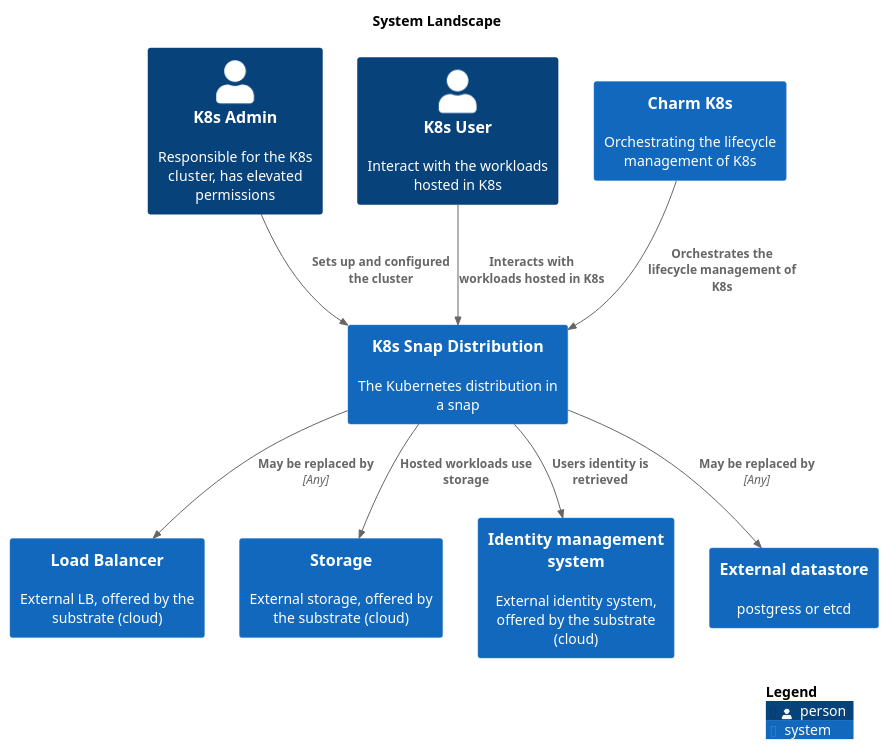
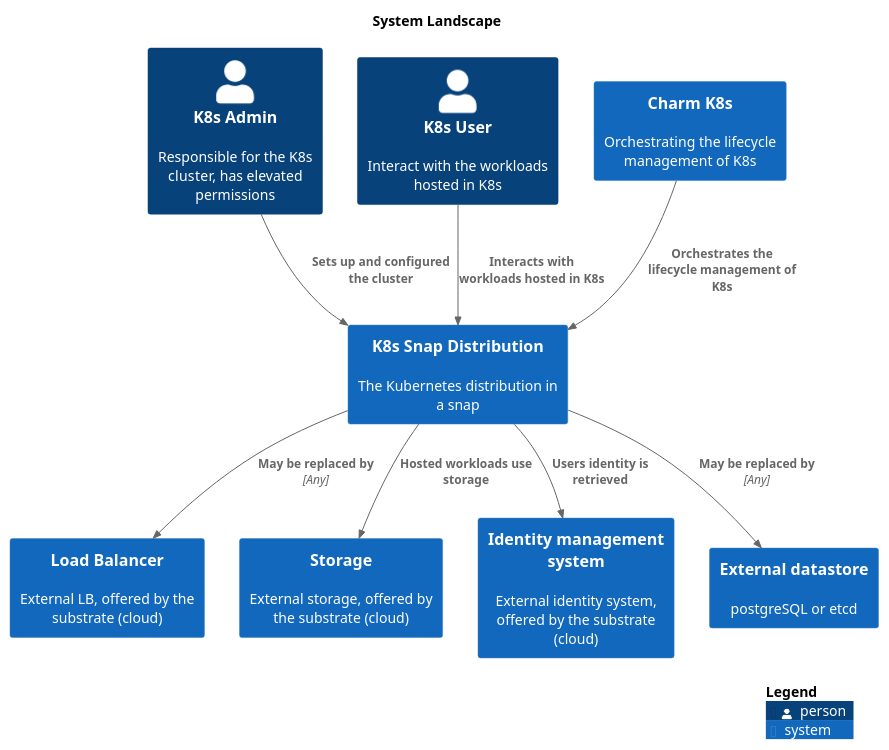
Before and after one commit to canonical/k8s-snap: the diagram in docs/src/assets/overview.puml, drawn with PlantUML.

Commit message:
fix typo in diagram
Fixes #267

```diff
--- a/docs/src/assets/overview.puml
+++ b/docs/src/assets/overview.puml
@@ -1,28 +1,28 @@
 @startuml
 set separator none
 title System Landscape
 
 top to bottom direction
 
 !include <C4/C4>
 !include <C4/C4_Context>
 
 Person(K8sAdmin, "K8s Admin", $descr="Responsible for the K8s cluster, has elevated permissions", $tags="", $link="")
 Person(K8sUser, "K8s User", $descr="Interact with the workloads hosted in K8s", $tags="", $link="")
 System(CharmK8s, "Charm K8s", $descr="Orchestrating the lifecycle management of K8s", $tags="", $link="")
 System(LoadBalancer, "Load Balancer", $descr="External LB, offered by the substrate (cloud)", $tags="", $link="")
 System(Storage, "Storage", $descr="External storage, offered by the substrate (cloud)", $tags="", $link="")
 System(Identitymanagementsystem, "Identity management system", $descr="External identity system, offered by the substrate (cloud)", $tags="", $link="")
-System(Externaldatastore, "External datastore", $descr="postgress or etcd", $tags="", $link="")
+System(Externaldatastore, "External datastore", $descr="postgreSQL or etcd", $tags="", $link="")
 System(K8sSnapDistribution, "K8s Snap Distribution", $descr="The Kubernetes distribution in a snap", $tags="", $link="")
 
 Rel(K8sAdmin, K8sSnapDistribution, "Sets up and configured the cluster", $techn="", $tags="", $link="")
 Rel(K8sUser, K8sSnapDistribution, "Interacts with workloads hosted in K8s", $techn="", $tags="", $link="")
 Rel(CharmK8s, K8sSnapDistribution, "Orchestrates the lifecycle management of K8s", $techn="", $tags="", $link="")
 Rel(K8sSnapDistribution, Storage, "Hosted workloads use storage", $techn="", $tags="", $link="")
 Rel(K8sSnapDistribution, Identitymanagementsystem, "Users identity is retrieved", $techn="", $tags="", $link="")
 Rel(K8sSnapDistribution, Externaldatastore, "May be replaced by", $techn="Any", $tags="", $link="")
 Rel(K8sSnapDistribution, LoadBalancer, "May be replaced by", $techn="Any", $tags="", $link="")
 
 SHOW_LEGEND(true)
 @enduml
```
